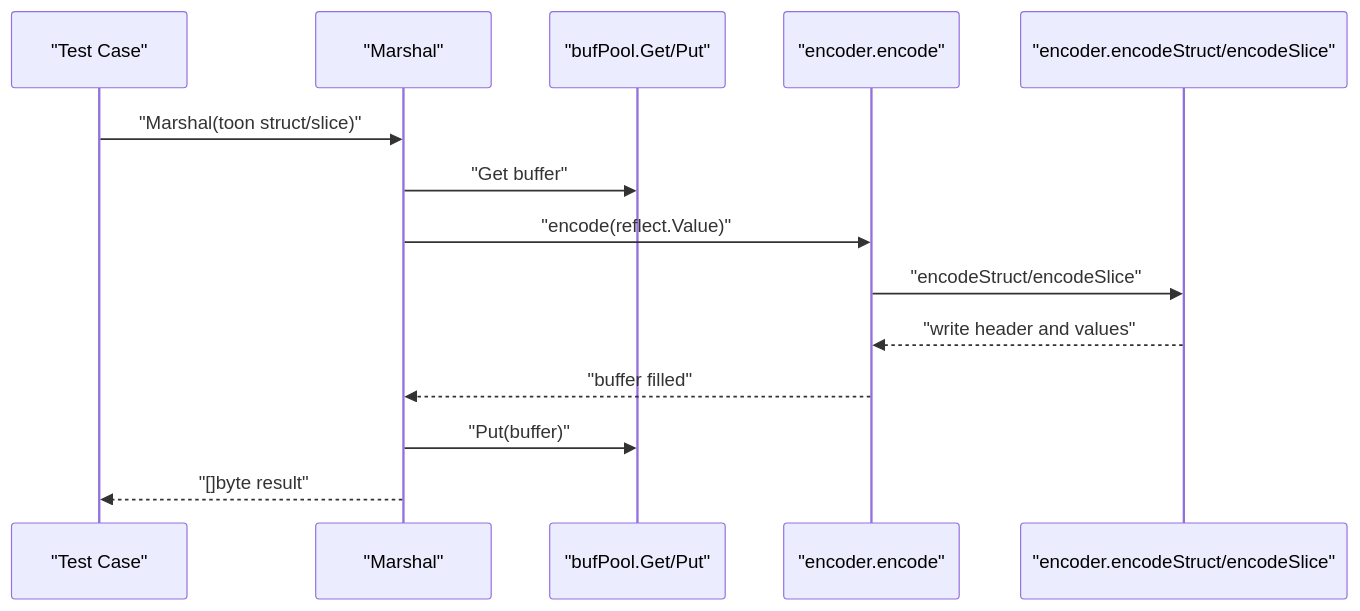
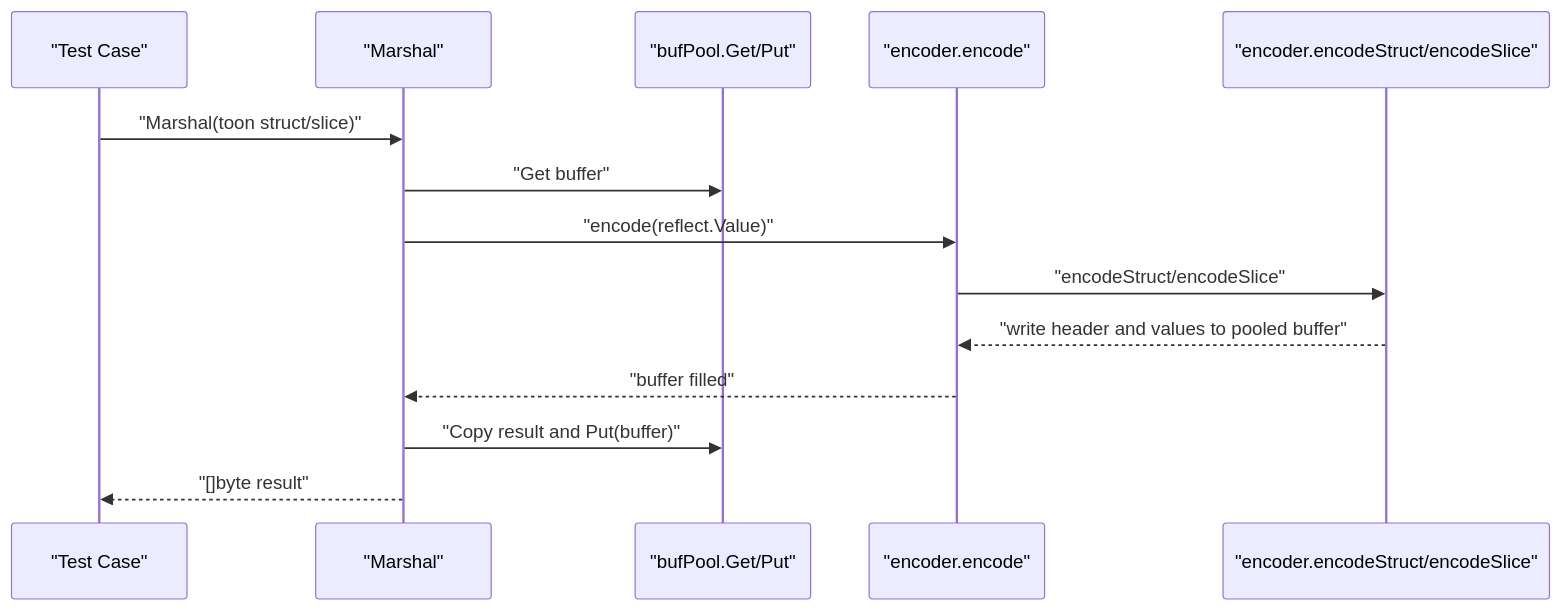
The fifth of 6 diagrams in .qoder/repowiki/en/content/Testing and Quality Assurance.md (OTumanov/go-toon), drawn with Mermaid before and after one commit. The commit also changed other lines of this file and 6 other files, not shown here.

````diff
--- a/.qoder/repowiki/en/content/Testing and Quality Assurance.md
+++ b/.qoder/repowiki/en/content/Testing and Quality Assurance.md
@@ -203,16 +231,16 @@
 ```mermaid
 sequenceDiagram
 participant T as "Test Case"
 participant M as "Marshal"
-participant EP as "bufPool.Get/Put"
+participant BP as "bufPool.Get/Put"
 participant EN as "encoder.encode"
 participant ES as "encoder.encodeStruct/encodeSlice"
 T->>M : "Marshal(toon struct/slice)"
-M->>EP : "Get buffer"
+M->>BP : "Get buffer"
 M->>EN : "encode(reflect.Value)"
 EN->>ES : "encodeStruct/encodeSlice"
-ES-->>EN : "write header and values"
+ES-->>EN : "write header and values to pooled buffer"
 EN-->>M : "buffer filled"
-M->>EP : "Put(buffer)"
+M->>BP : "Copy result and Put(buffer)"
 M-->>T : "[]byte result"
 ```
````
